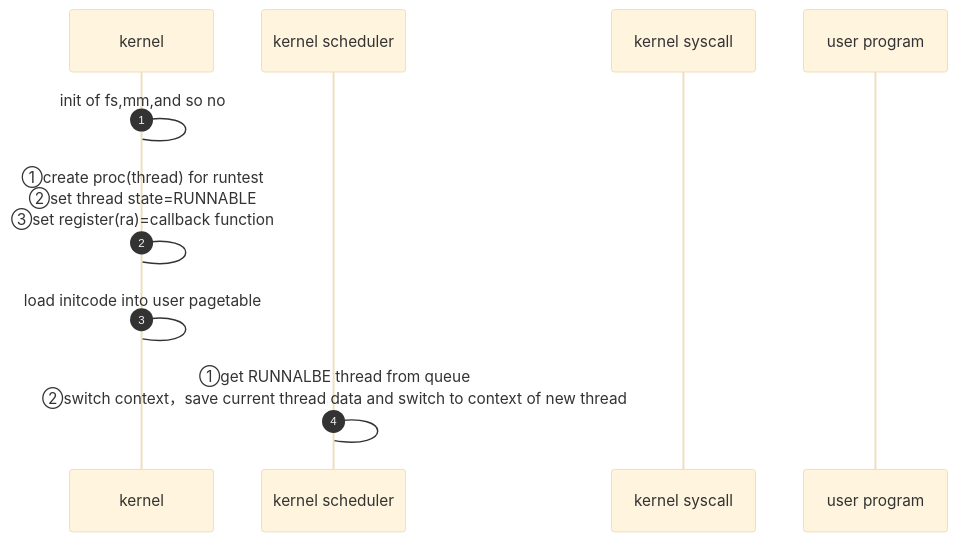
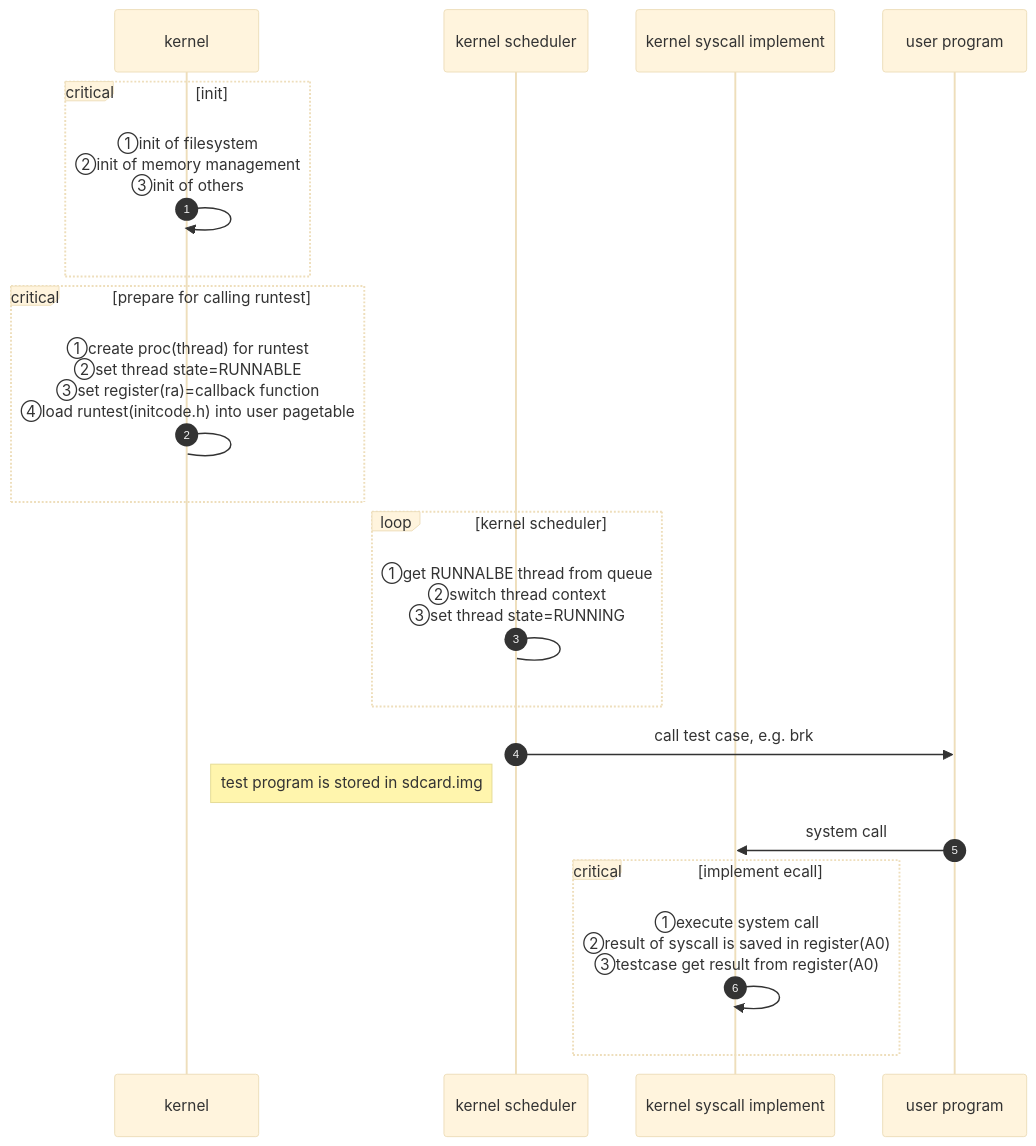
The diagram in README.md (simahao/lkc), drawn with Mermaid (base theme) before and after one commit. The commit also changed other lines of this file, not shown here.

````diff
--- a/README.md
+++ b/README.md
@@ -139,13 +124,24 @@
 ```mermaid
 sequenceDiagram
     autonumber
     participant A as kernel
     participant B as kernel scheduler
-    participant C as kernel syscall
+    participant C as kernel syscall implement
     participant D as user program
-    A->A: init of fs,mm,and so no
-    A->A: ①create proc(thread) for runtest<br/>②set thread state=RUNNABLE<br/>③set register(ra)=callback function
-    A->A: load initcode into user pagetable
-    B->B: ①get RUNNALBE thread from queue<br/>②switch context，save current thread data and switch to context of new thread
+    critical init
+        A->>A: ①init of filesystem<br/>②init of memory management<br/>③init of others
+    end
+    critical prepare for calling runtest
+        A->A: ①create proc(thread) for runtest<br/>②set thread state=RUNNABLE<br/>③set register(ra)=callback function<br/>④load runtest(initcode.h) into user pagetable
+    end
+    loop kernel scheduler
+        B->B: ①get RUNNALBE thread from queue<br/>②switch thread context<br/>③set thread state=RUNNING
+    end
+    B->>D: call test case, e.g. brk
+    Note right of A: test program is stored in sdcard.img
 
+    D->>C: system call
+    critical implement ecall
+        C->>C: ①execute system call<br/>②result of syscall is saved in register(A0)<br/>③testcase get result from register(A0)
+    end
 ```
````
